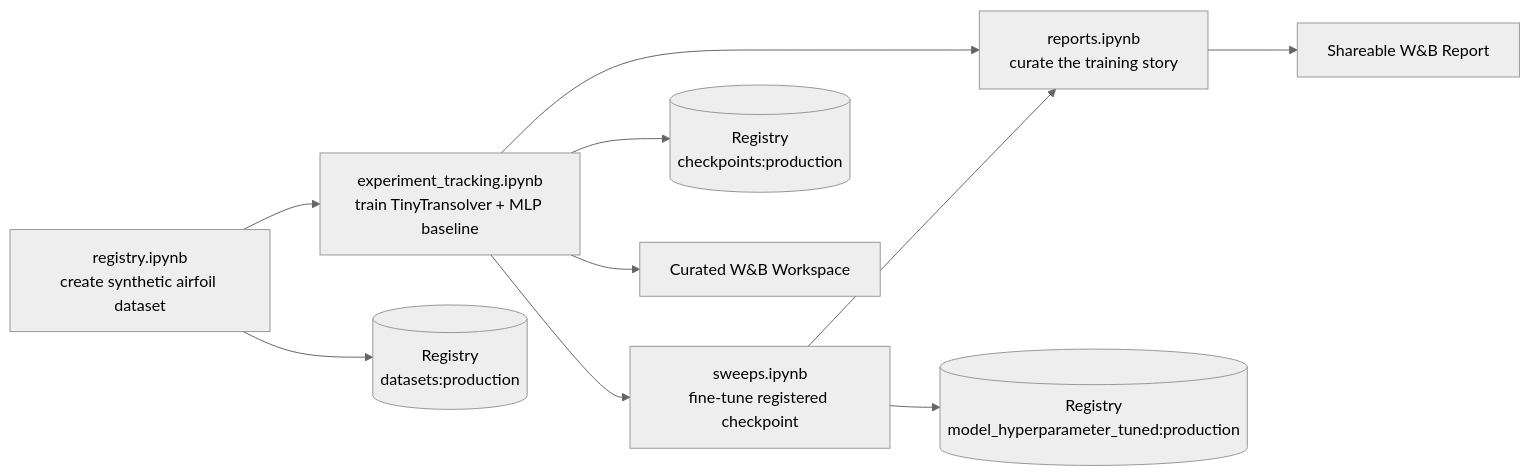
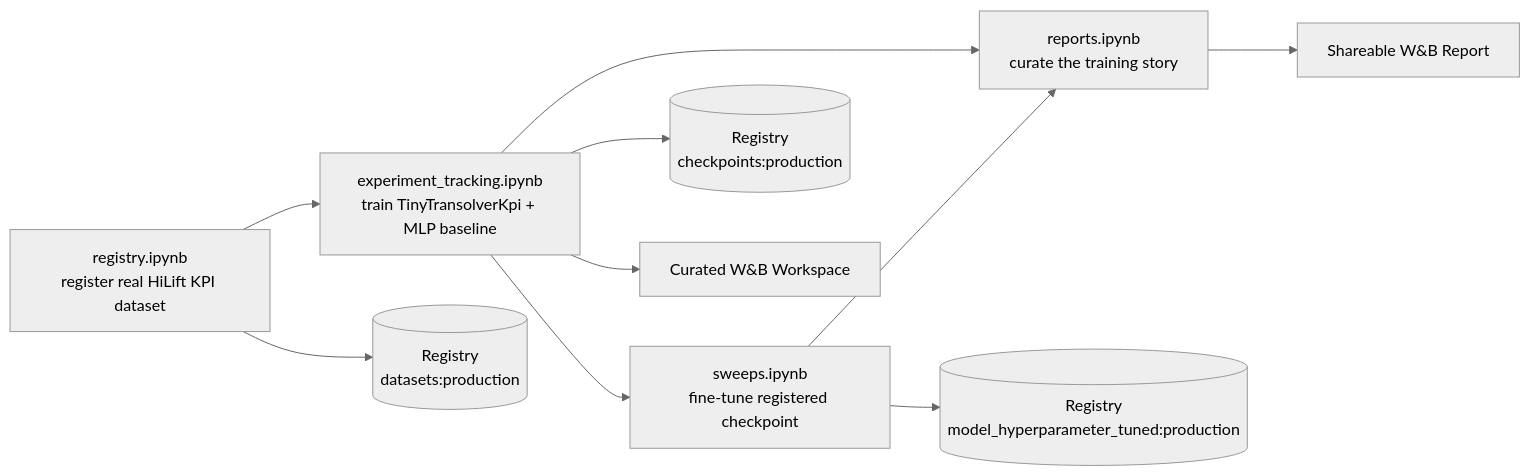
The first of 3 diagrams in README.md (jbutt-wandb/physicsx_demo), drawn with Mermaid (neutral theme) before and after one commit. The commit also changed other lines of this file and 28 other files, not shown here.

First line of the commit message:
Switch workshop to real HiLiftAeroML KPI surrogate

````diff
--- a/README.md
+++ b/README.md
@@ -33,13 +36,13 @@
 ```mermaid
 flowchart LR
-    A[registry.ipynb<br/>create synthetic airfoil dataset] --> B[experiment_tracking.ipynb<br/>train TinyTransolver + MLP baseline]
+    A[registry.ipynb<br/>register real HiLift KPI dataset] --> B[experiment_tracking.ipynb<br/>train TinyTransolverKpi + MLP baseline]
     B --> C[sweeps.ipynb<br/>fine-tune registered checkpoint]
     B --> D[reports.ipynb<br/>curate the training story]
     C --> D
 
     A --> A1[(Registry<br/>datasets:production)]
     B --> B1[(Registry<br/>checkpoints:production)]
     B --> B2[Curated W&B Workspace]
     C --> C1[(Registry<br/>model_hyperparameter_tuned:production)]
     D --> D1[Shareable W&B Report]
 ```
````
